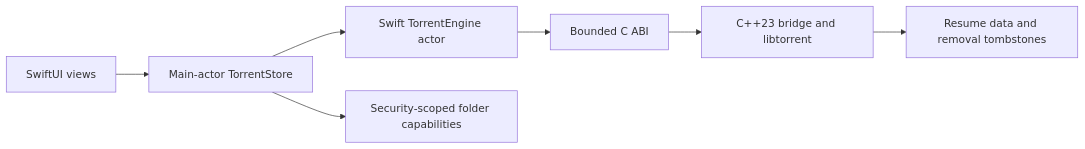
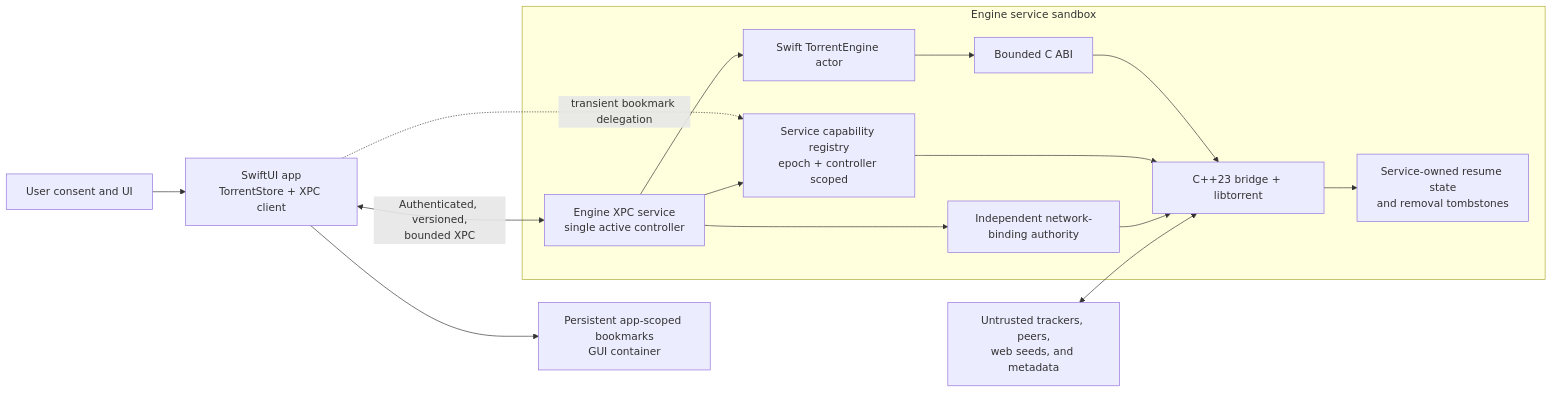
The diagram in Documentation/Architecture.md (Wonderfall/torrent7), drawn with Mermaid before and after one commit. The commit also changed other lines of this file and 1 other file, not shown here.

First line of the commit message:
document the isolated engine security architecture

````diff
--- a/Documentation/Architecture.md
+++ b/Documentation/Architecture.md
@@ -5,9 +9,20 @@
 ```mermaid
 flowchart LR
-    UI["SwiftUI views"] --> Store["Main-actor TorrentStore"]
-    Store --> Engine["Swift TorrentEngine actor"]
-    Engine --> ABI["Bounded C ABI"]
-    ABI --> Native["C++23 bridge and libtorrent"]
-    Store --> Capabilities["Security-scoped folder capabilities"]
-    Native --> State["Resume data and removal tombstones"]
+    User["User consent and UI"] --> GUI["SwiftUI app<br/>TorrentStore + XPC client"]
+    GUI --> Bookmarks["Persistent app-scoped bookmarks<br/>GUI container"]
+    GUI <-->|"Authenticated, versioned,<br/>bounded XPC"| Service["Engine XPC service<br/>single active controller"]
+    GUI -. "transient bookmark delegation" .-> Capabilities["Service capability registry<br/>epoch + controller scoped"]
+
+    subgraph EngineProcess["Engine service sandbox"]
+        Service --> Capabilities
+        Service --> Authority["Independent network-binding authority"]
+        Service --> Core["Swift TorrentEngine actor"]
+        Core --> ABI["Bounded C ABI"]
+        ABI --> Native["C++23 bridge + libtorrent"]
+        Native --> State["Service-owned resume state<br/>and removal tombstones"]
+        Capabilities --> Native
+        Authority --> Native
+    end
+
+    Internet["Untrusted trackers, peers,<br/>web seeds, and metadata"] <--> Native
 ```
````
